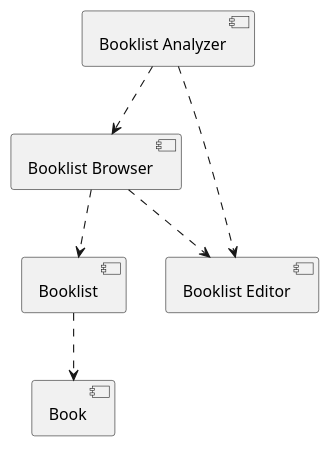
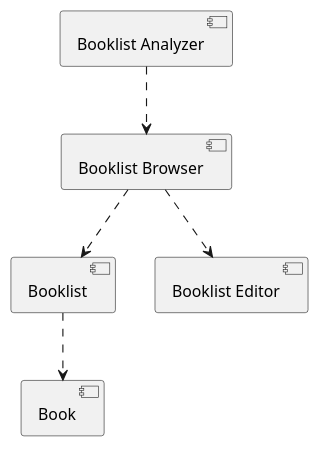
Before and after one commit to andysylvester/federated-bookshelves: the diagram in domain/example-uml.iuml, drawn with PlantUML.

```diff
--- a/domain/example-uml.iuml
+++ b/domain/example-uml.iuml
@@ -1,15 +1,15 @@
 @startuml
 
 component [Booklist]
 component [Book]
 component [Booklist Browser]
 component [Booklist Editor]
 component [Booklist Analyzer]
 
 [Booklist] ..> [Book]
 [Booklist Browser] ..> [Booklist Editor]
 [Booklist Browser] ..> [Booklist]
 [Booklist Analyzer] ..> [Booklist Browser]
-[Booklist Analyzer] ..> [Booklist Editor]
+
 
 @enduml
```
